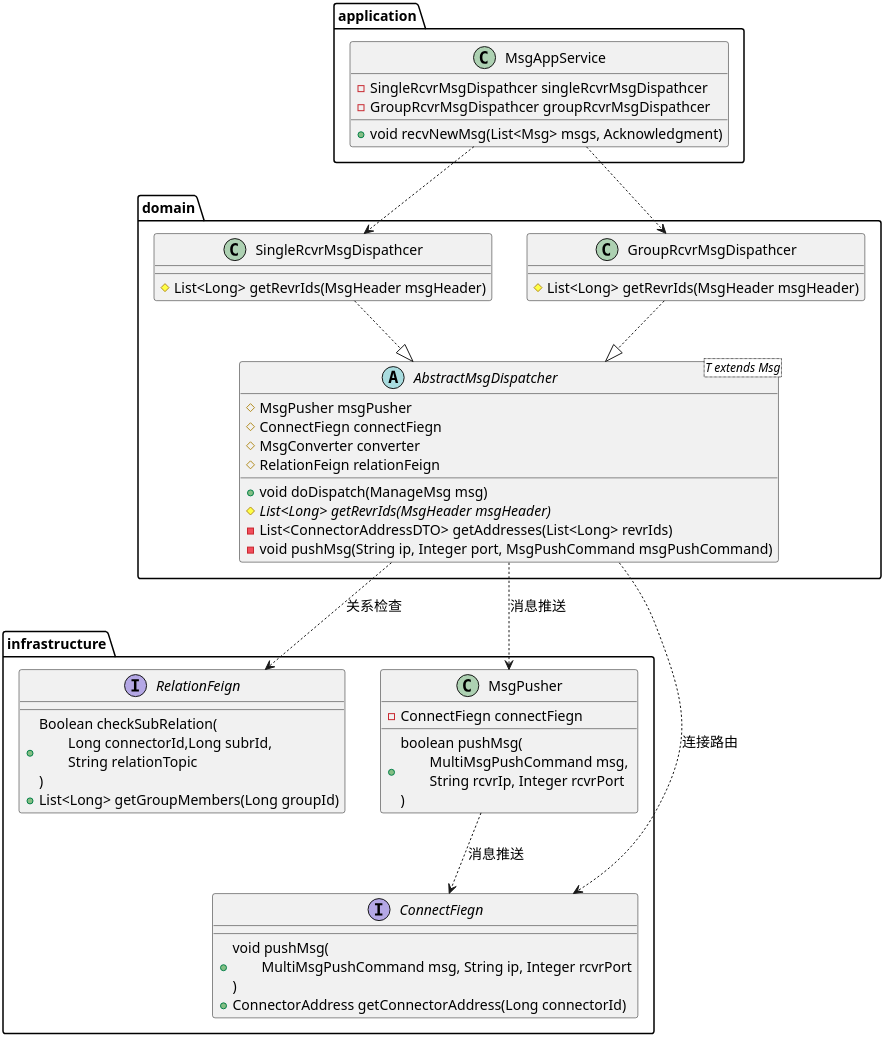
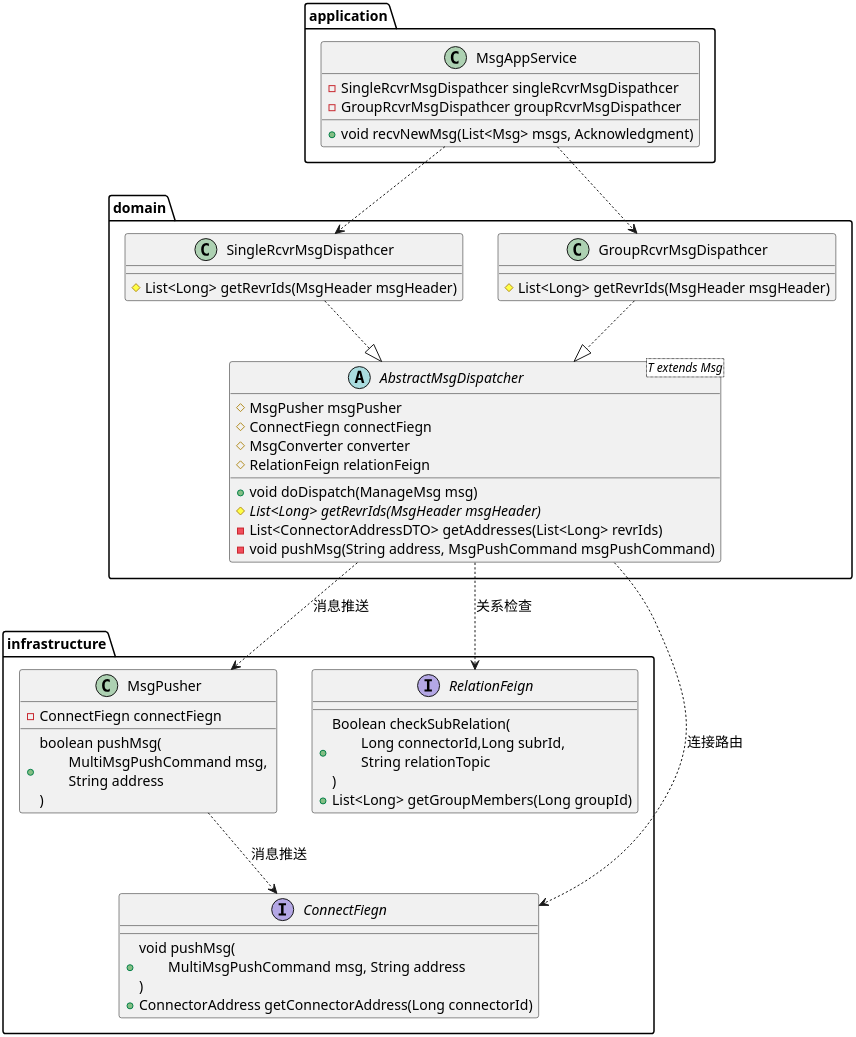
The diagram in uml/msg-manager/消息推送 批量推送.puml (Etherealss/MessagePusher), drawn with PlantUML before and after one commit. The commit also changed 1 other file, not shown here.

Commit message:
feature: uml

```diff
--- a/uml/msg-manager/消息推送 批量推送.puml
+++ b/uml/msg-manager/消息推送 批量推送.puml
@@ -1,69 +1,69 @@
 @startuml
 'https://plantuml.com/sequence-diagram
 skinparam shadowing false
 skinparam defaultFontName xfonts-wqy
 skinparam dpi 300
 skinparam activity  {
     DiamondFontSize 14
     ArrowFontSize 14
     FontSize 14
 }
 package application {
     class MsgAppService {
         - SingleRcvrMsgDispathcer singleRcvrMsgDispathcer
         - GroupRcvrMsgDispathcer groupRcvrMsgDispathcer
         + void recvNewMsg(List<Msg> msgs, Acknowledgment)
     }
 }
 
 package domain {
     abstract class AbstractMsgDispatcher<T extends Msg> {
         # MsgPusher msgPusher
         # ConnectFiegn connectFiegn
         # MsgConverter converter
         # RelationFeign relationFeign
         + void doDispatch(ManageMsg msg)
         # {abstract} List<Long> getRevrIds(MsgHeader msgHeader)
         - List<ConnectorAddressDTO> getAddresses(List<Long> revrIds)
-        - void pushMsg(String ip, Integer port, MsgPushCommand msgPushCommand)
+        - void pushMsg(String address, MsgPushCommand msgPushCommand)
     }
 
     class SingleRcvrMsgDispathcer{
         # List<Long> getRevrIds(MsgHeader msgHeader)
     }
 
     class GroupRcvrMsgDispathcer {
         # List<Long> getRevrIds(MsgHeader msgHeader)
     }
 }
 
 package infrastructure {
     interface RelationFeign {
         + Boolean checkSubRelation(\n\tLong connectorId,Long subrId,\n\tString relationTopic\n)
         + List<Long> getGroupMembers(Long groupId)
     }
 
     interface ConnectFiegn {
-        + void pushMsg(\n\tMultiMsgPushCommand msg, String ip, Integer rcvrPort\n)
+        + void pushMsg(\n\tMultiMsgPushCommand msg, String address\n)
         + ConnectorAddress getConnectorAddress(Long connectorId)
     }
 
     class MsgPusher {
         - ConnectFiegn connectFiegn
-        + boolean pushMsg(\n\tMultiMsgPushCommand msg, \n\tString rcvrIp, Integer rcvrPort\n)
+        + boolean pushMsg(\n\tMultiMsgPushCommand msg, \n\tString address\n)
     }
 }
 
 MsgAppService ..> SingleRcvrMsgDispathcer
 MsgAppService ..> GroupRcvrMsgDispathcer
 
-AbstractMsgDispatcher ..> MsgPusher: 消息推送
-AbstractMsgDispatcher .> RelationFeign: 关系检查
+AbstractMsgDispatcher .> MsgPusher: 消息推送
+AbstractMsgDispatcher ..> RelationFeign: 关系检查
 AbstractMsgDispatcher .> ConnectFiegn: 连接路由
 
 MsgPusher ..> ConnectFiegn: 消息推送
 
 SingleRcvrMsgDispathcer ..|> AbstractMsgDispatcher
 GroupRcvrMsgDispathcer ..|> AbstractMsgDispatcher
 
 @enduml
```
